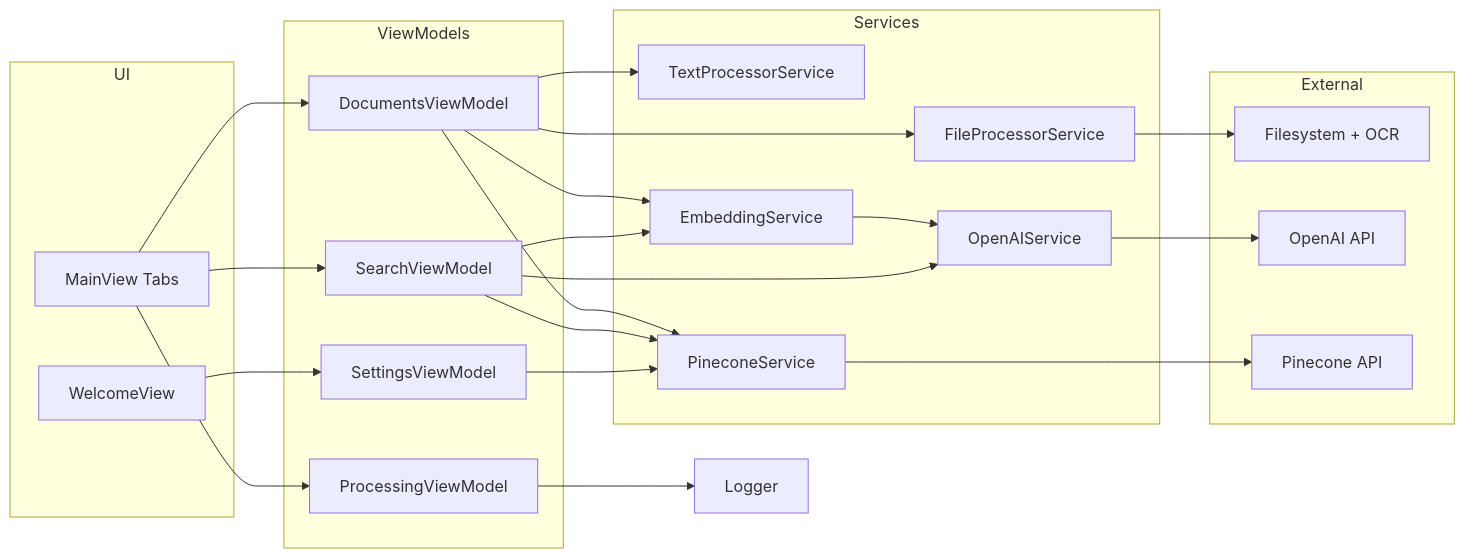
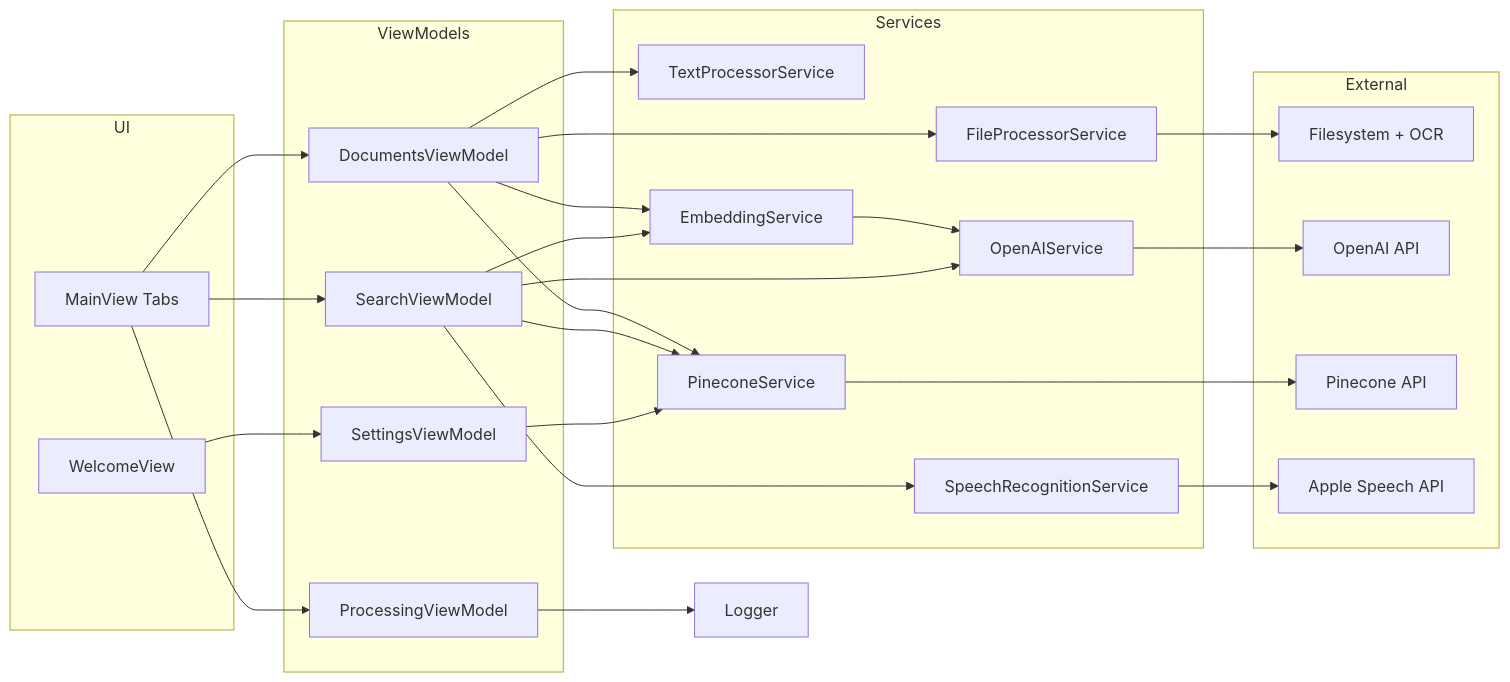
Before and after one commit to Gunnarguy/OpenCone: the diagram in README.md, drawn with Mermaid. The commit also changed other lines of this file and 6 other files, not shown here.

First line of the commit message:
chore: update documentation and architecture to reflect new speech recognition features

````diff
--- a/README.md
+++ b/README.md
@@ -62,39 +63,42 @@
 ```mermaid
 flowchart LR
     subgraph UI
         W[WelcomeView]
         M[MainView Tabs]
     end
     subgraph ViewModels
         SV[SettingsViewModel]
         DV[DocumentsViewModel]
         QV[SearchViewModel]
         LV[ProcessingViewModel]
     end
     subgraph Services
         FP[FileProcessorService]
         TP[TextProcessorService]
         ES[EmbeddingService]
         OA[OpenAIService]
         PC[PineconeService]
+        SR[SpeechRecognitionService]
     end
     subgraph External
         Files[Filesystem + OCR]
         OpenAI[OpenAI API]
         Pinecone[Pinecone API]
+        AppleSpeech[Apple Speech API]
     end
 
     W --> SV
     M --> DV
     M --> QV
     M --> LV
     DV --> FP --> Files
     DV --> TP
     DV --> ES --> OA --> OpenAI
     DV --> PC --> Pinecone
     QV --> ES
     QV --> PC
     QV --> OA
+    QV --> SR --> AppleSpeech
     SV --> PC
     LV --> Logger
 ```
````
